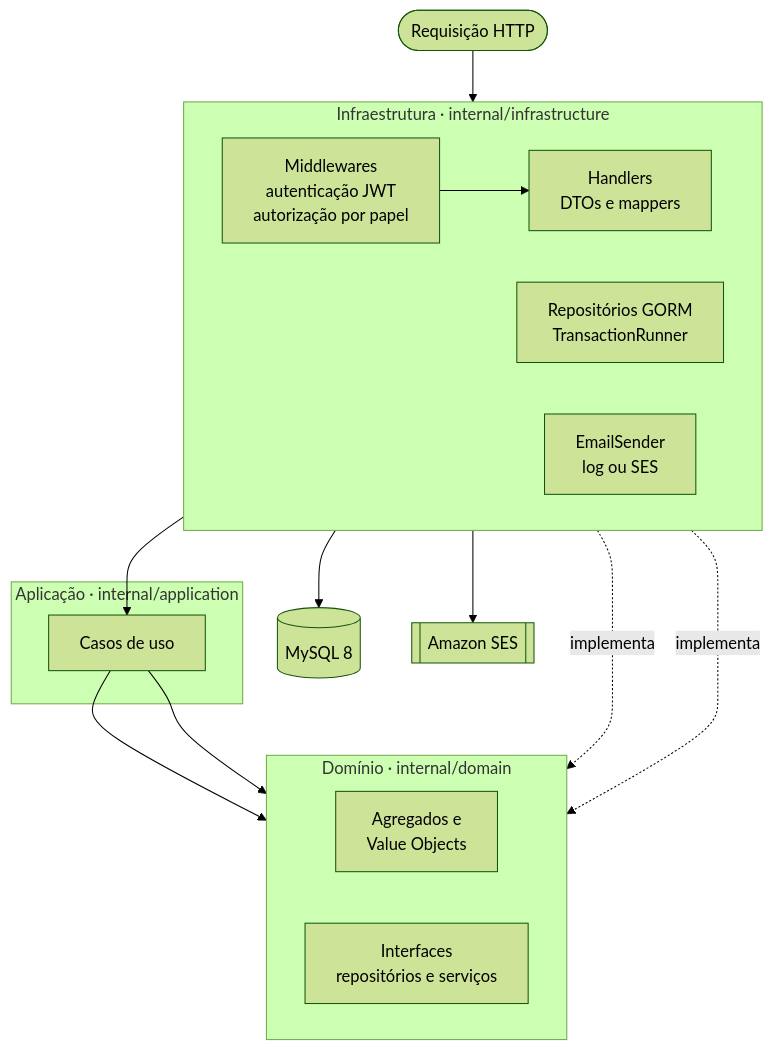
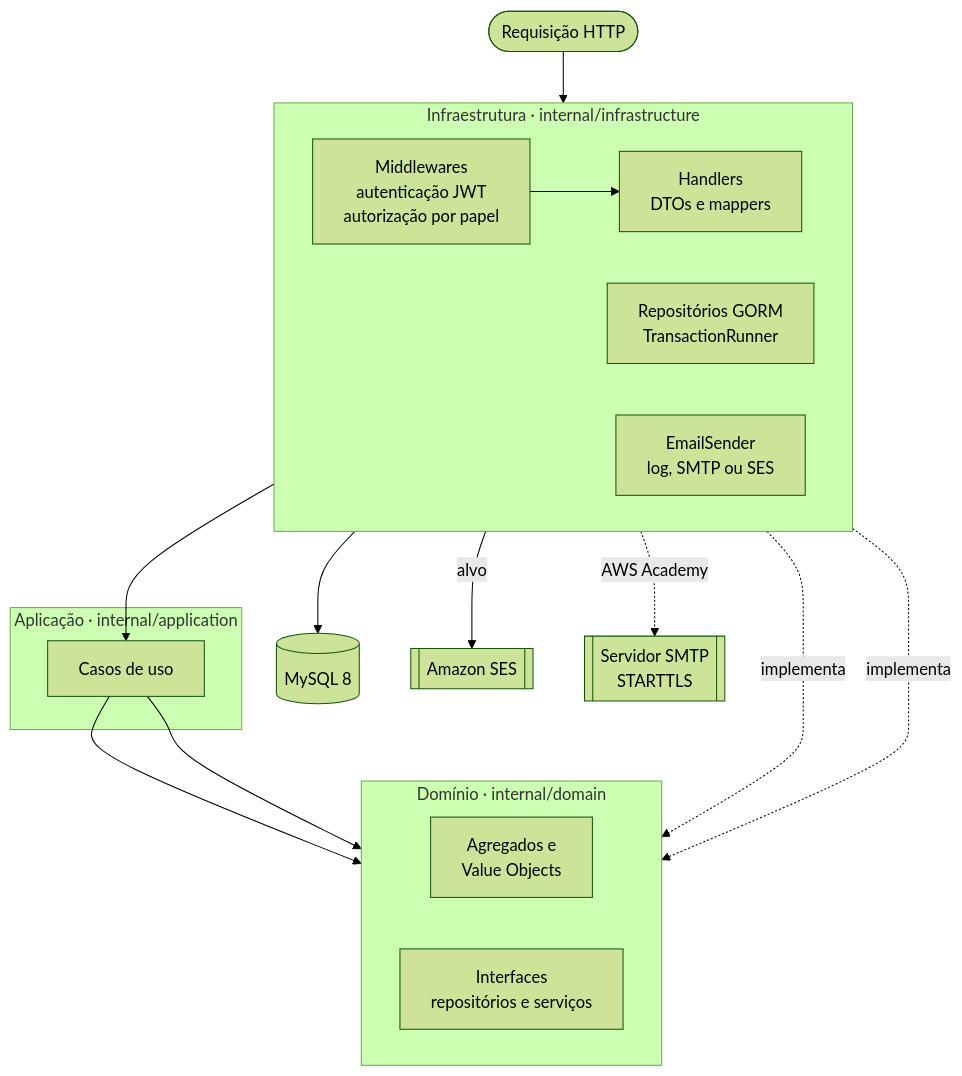
Before and after one commit to muriloperosa/soat-architecture: the first of 4 diagrams in README.md, drawn with Mermaid (forest theme). The commit also changed other lines of this file and 31 other files, not shown here.

````diff
--- a/README.md
+++ b/README.md
@@ -58,31 +58,32 @@
 ```mermaid
 flowchart TB
     req(["Requisição HTTP"]) --> mw
 
     subgraph infra["Infraestrutura · internal/infrastructure"]
         direction LR
         mw["Middlewares<br/>autenticação JWT<br/>autorização por papel"]
         handlers["Handlers<br/>DTOs e mappers"]
         persist["Repositórios GORM<br/>TransactionRunner"]
-        email["EmailSender<br/>log ou SES"]
+        email["EmailSender<br/>log, SMTP ou SES"]
         mw --> handlers
     end
 
     subgraph app["Aplicação · internal/application"]
         uc["Casos de uso"]
     end
 
     subgraph dom["Domínio · internal/domain"]
         direction LR
         ent["Agregados e<br/>Value Objects"]
         ports["Interfaces<br/>repositórios e serviços"]
     end
 
     handlers --> uc
     uc --> ent
     uc --> ports
     persist -. implementa .-> ports
     email -. implementa .-> ports
     persist --> db[("MySQL 8")]
-    email --> ses[["Amazon SES"]]
+    email -->|alvo| ses[["Amazon SES"]]
+    email -.->|AWS Academy| smtp[["Servidor SMTP<br/>STARTTLS"]]
 ```
````
